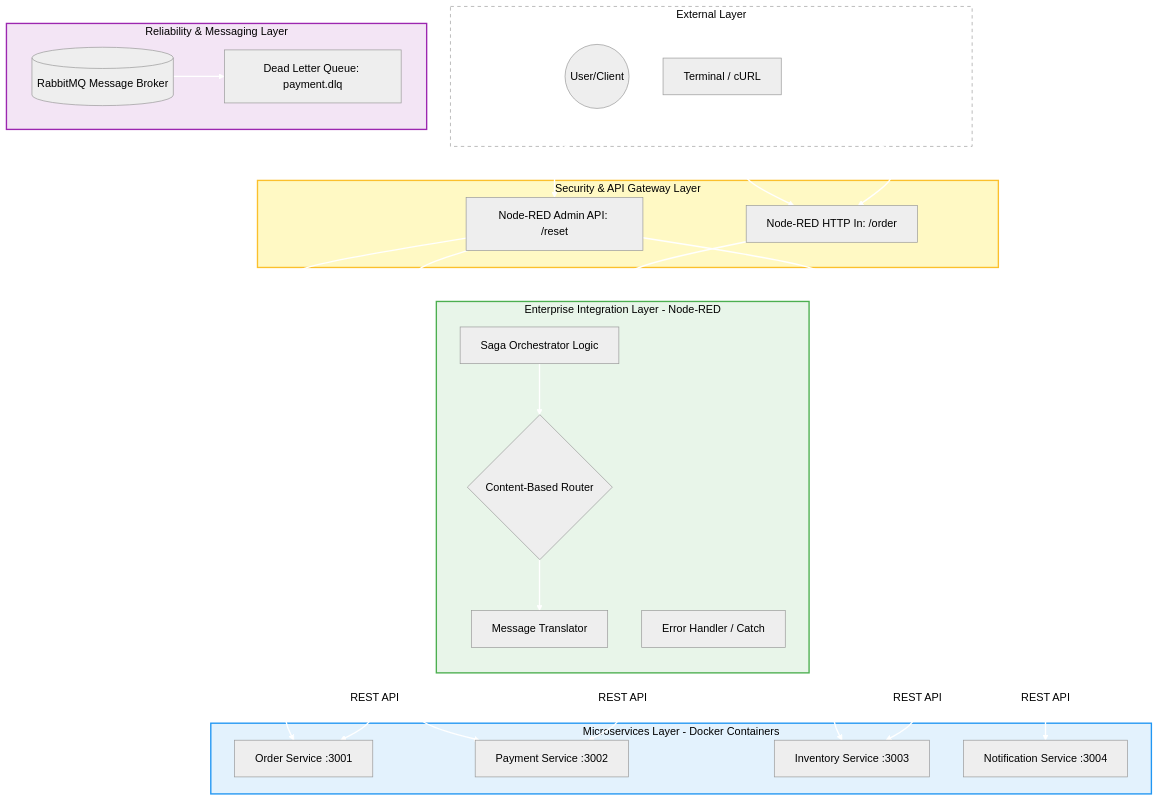
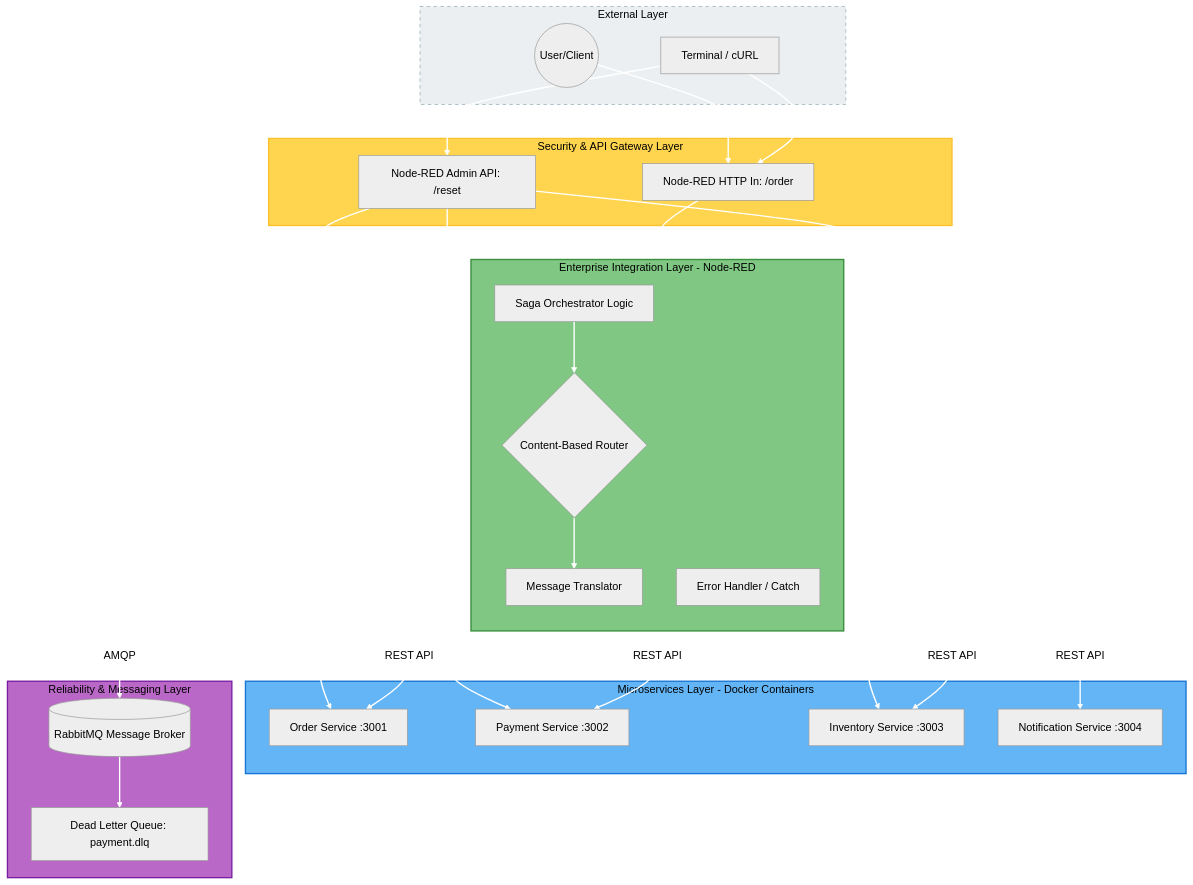
Before and after one commit to twistz11/turiba-eai-labs: the second of 3 diagrams in practice-04-capstone/readme.md, drawn with Mermaid (neutral theme).

````diff
--- a/practice-04-capstone/readme.md
+++ b/practice-04-capstone/readme.md
@@ -31,62 +31,54 @@
 ```mermaid
 graph TD
-   
     subgraph Client_Layer [External Layer]
         User((User/Client))
         CURL[Terminal / cURL]
     end
 
     subgraph Entry_Layer [Security & API Gateway Layer]
         NR_HTTP[Node-RED HTTP In: /order]
         NR_Admin[Node-RED Admin API: /reset]
     end
 
     subgraph Orchestration_Layer [Enterprise Integration Layer - Node-RED]
         direction TB
         Logic[Saga Orchestrator Logic]
         Router{Content-Based Router}
         Trans[Message Translator]
         Error[Error Handler / Catch]
     end
 
     subgraph Service_Layer [Microservices Layer - Docker Containers]
         OS[Order Service :3001]
         PS[Payment Service :3002]
         IS[Inventory Service :3003]
         NS[Notification Service :3004]
     end
 
     subgraph Messaging_Layer [Reliability & Messaging Layer]
         MQ[(RabbitMQ Message Broker)]
         DLQ[Dead Letter Queue: payment.dlq]
     end
 
-    
     User --> NR_HTTP
     CURL --> NR_HTTP
     CURL --> NR_Admin
-
     NR_HTTP --> Logic
     NR_Admin --> OS & PS & IS
-
     Logic --> Router
     Router --> Trans
-    
     Trans -- "REST API" --> OS
     Trans -- "REST API" --> PS
     Trans -- "REST API" --> IS
     Trans -- "REST API" --> NS
-
-   
+    Error -- "AMQP" --> MQ
     MQ --> DLQ
 
-   
-    style Entry_Layer fill:#fff9c4,stroke:#fbc02d,stroke-width:2px,color:#000
-    style Orchestration_Layer fill:#e8f5e9,stroke:#4caf50,stroke-width:2px,color:#000
-    style Service_Layer fill:#e3f2fd,stroke:#2196f3,stroke-width:2px,color:#000
-    style Messaging_Layer fill:#f3e5f5,stroke:#9c27b0,stroke-width:2px,color:#000
-    style Client_Layer fill:#ffffff,stroke:#9e9e9e,stroke-dasharray: 5 5,color:#000
+    style Entry_Layer fill:#ffd54f,stroke:#fbc02d,stroke-width:2px,color:#000
+    style Orchestration_Layer fill:#81c784,stroke:#388e3c,stroke-width:2px,color:#000
+    style Service_Layer fill:#64b5f6,stroke:#1976d2,stroke-width:2px,color:#000
+    style Messaging_Layer fill:#ba68c8,stroke:#7b1fa2,stroke-width:2px,color:#000
+    style Client_Layer fill:#eceff1,stroke:#90a4ae,stroke-dasharray: 5 5,color:#000
 
-    
     linkStyle default stroke:#ffffff,stroke-width:2px
 ```
````
